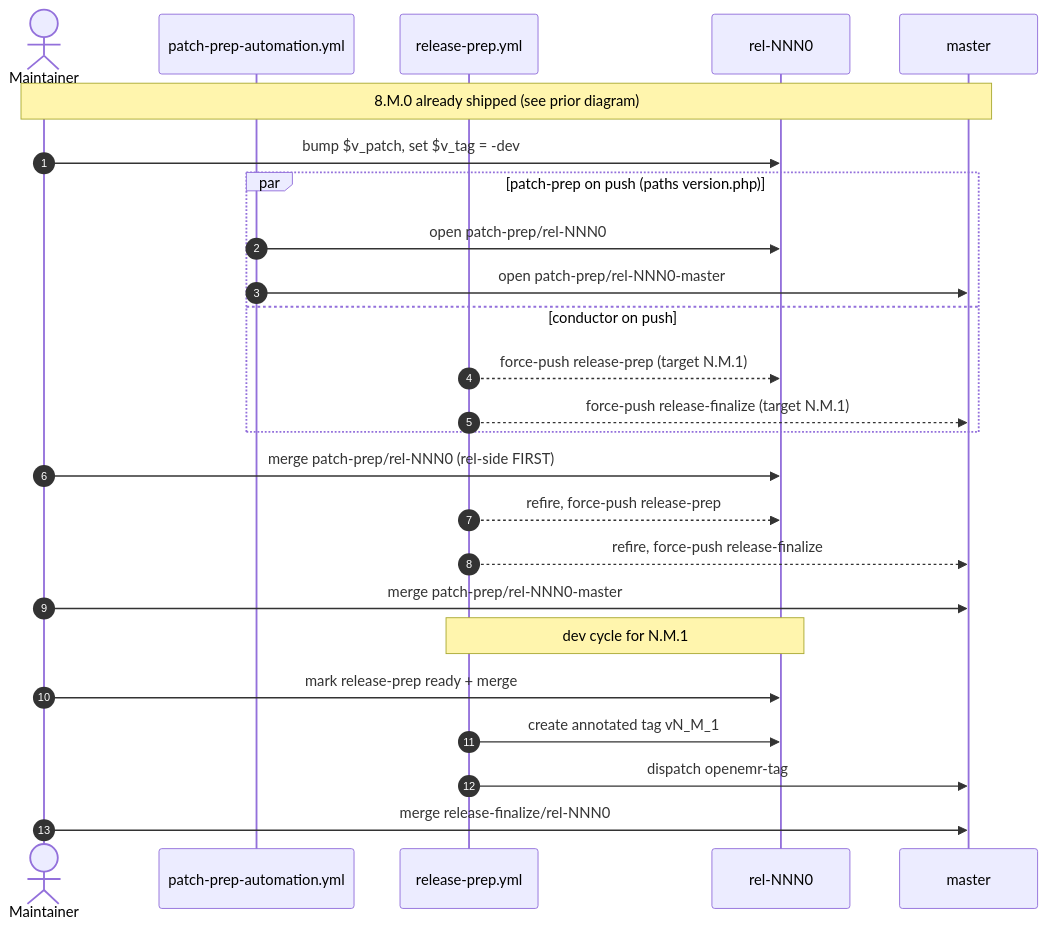
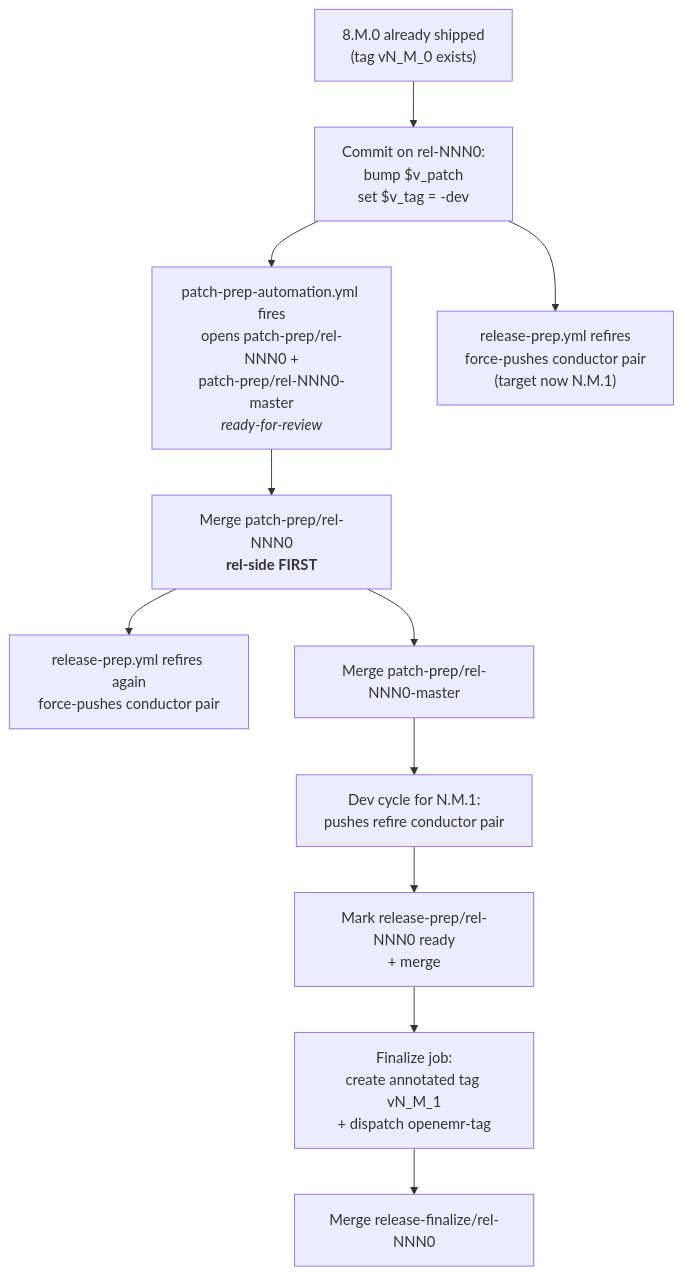
One commit to openemr/openemr changed the second of 2 diagrams in docs/release-automation-plan.md. Above: the diagram before and after it, drawn with Mermaid. The commit also changed other lines of this file, not shown here.

First line of the commit message:
docs(release): swap sequenceDiagram for flowchart TD

````diff
--- a/docs/release-automation-plan.md
+++ b/docs/release-automation-plan.md
@@ -398,34 +379,14 @@
 ```mermaid
-sequenceDiagram
-    autonumber
-    actor M as Maintainer
-    participant PP as patch-prep-automation.yml
-    participant CP as release-prep.yml
-    participant R as rel-NNN0
-    participant Mas as master
-
-    Note over M,Mas: 8.M.0 already shipped (see prior diagram)
-
-    M->>R: bump $v_patch, set $v_tag = -dev
-    par patch-prep on push (paths version.php)
-        PP->>R: open patch-prep/rel-NNN0
-        PP->>Mas: open patch-prep/rel-NNN0-master
-    and conductor on push
-        CP-->>R: force-push release-prep (target N.M.1)
-        CP-->>Mas: force-push release-finalize (target N.M.1)
-    end
-
-    M->>R: merge patch-prep/rel-NNN0 (rel-side FIRST)
-    CP-->>R: refire, force-push release-prep
-    CP-->>Mas: refire, force-push release-finalize
-
-    M->>Mas: merge patch-prep/rel-NNN0-master
-
-    Note over R,CP: dev cycle for N.M.1
-
-    M->>R: mark release-prep ready + merge
-    CP->>R: create annotated tag vN_M_1
-    CP->>Mas: dispatch openemr-tag
-
-    M->>Mas: merge release-finalize/rel-NNN0
+flowchart TD
+    A["8.M.0 already shipped<br/>(tag vN_M_0 exists)"]
+    A --> B["Commit on rel-NNN0:<br/>bump $v_patch<br/>set $v_tag = -dev"]
+    B --> C["patch-prep-automation.yml fires<br/>opens patch-prep/rel-NNN0 +<br/>patch-prep/rel-NNN0-master<br/><i>ready-for-review</i>"]
+    B --> D["release-prep.yml refires<br/>force-pushes conductor pair<br/>(target now N.M.1)"]
+    C --> E["Merge patch-prep/rel-NNN0<br/><b>rel-side FIRST</b>"]
+    E --> F["release-prep.yml refires again<br/>force-pushes conductor pair"]
+    E --> G["Merge patch-prep/rel-NNN0-master"]
+    G --> H["Dev cycle for N.M.1:<br/>pushes refire conductor pair"]
+    H --> I["Mark release-prep/rel-NNN0 ready<br/>+ merge"]
+    I --> J["Finalize job:<br/>create annotated tag vN_M_1<br/>+ dispatch openemr-tag"]
+    J --> K["Merge release-finalize/rel-NNN0"]
 ```
````
